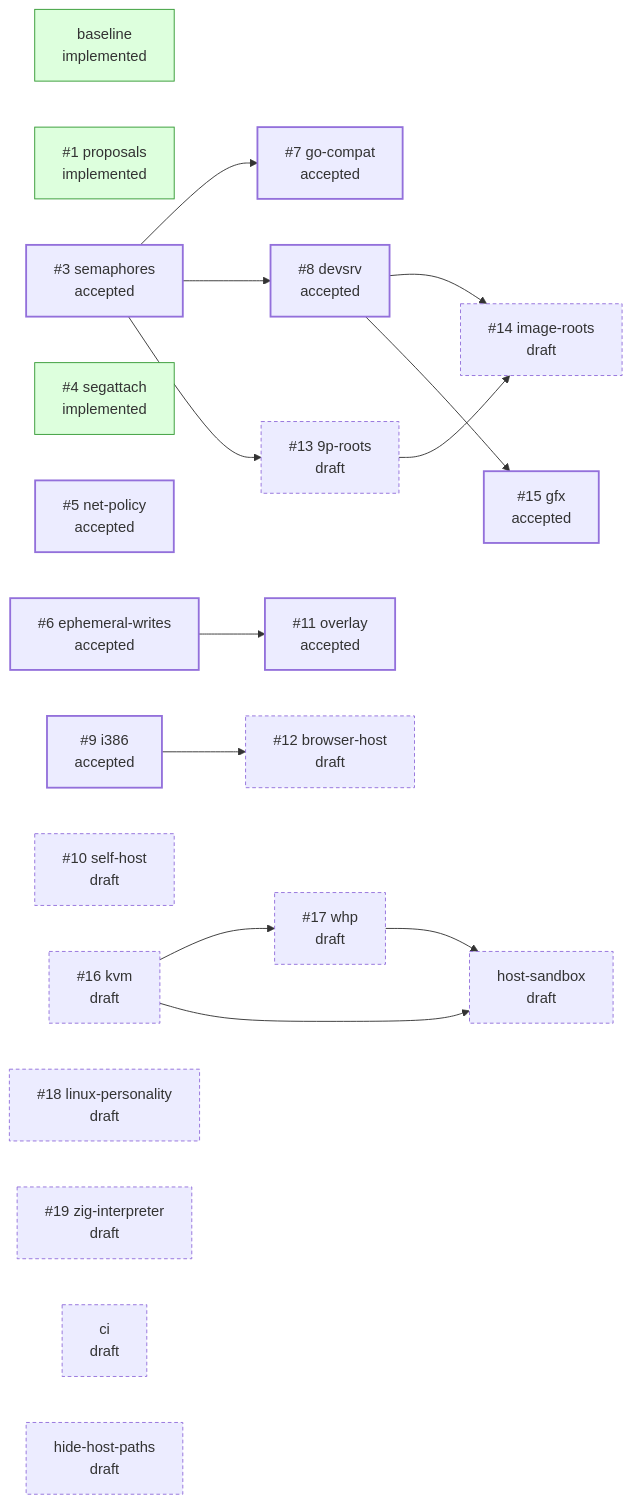
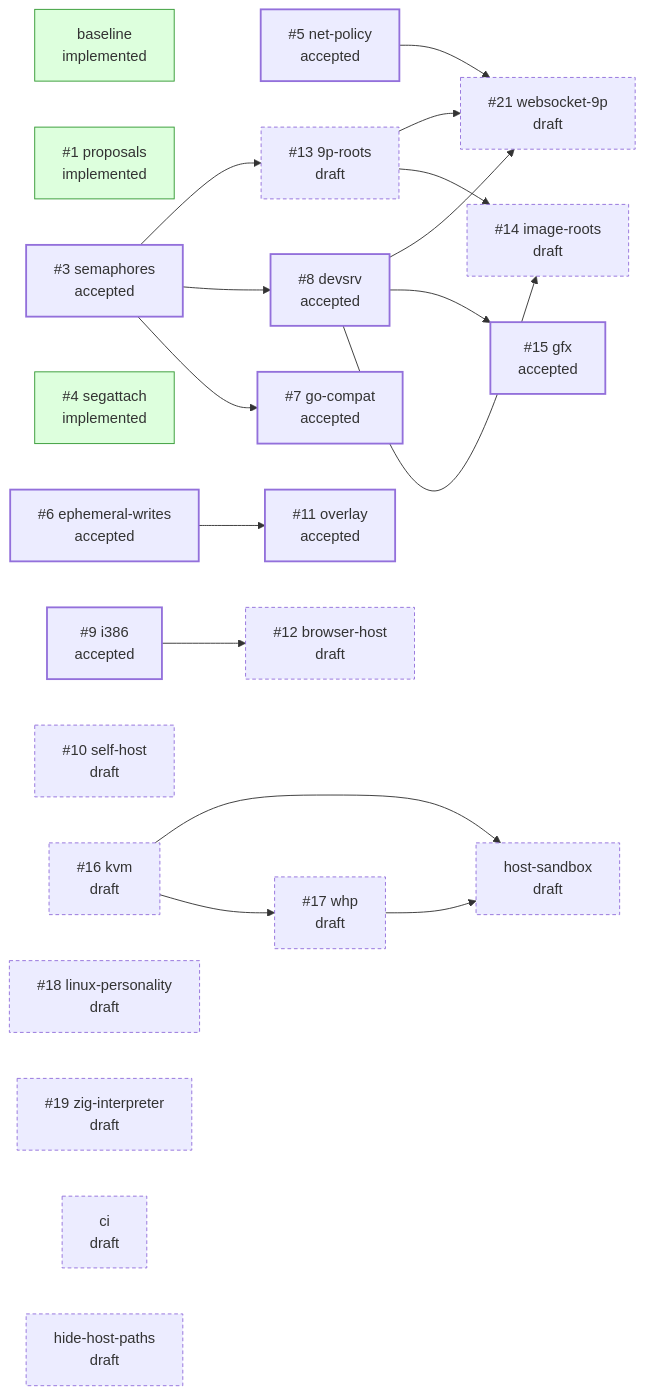
The diagram in README.md (jpf/hyper9), drawn with Mermaid before and after one commit. The commit also changed other lines of this file and 1 other file, not shown here.

Commit message:
design: file websocket-9p as #21

````diff
--- a/README.md
+++ b/README.md
@@ -39,40 +40,44 @@
 ```mermaid
 flowchart LR
   classDef draft stroke-dasharray: 4 3
   classDef accepted stroke-width: 2px
   classDef implemented fill:#dfd,stroke:#393
   classDef closed fill:#eee,stroke:#999,color:#777
   p_baseline["baseline<br/>implemented"]:::implemented
   p_proposals["#35;1 proposals<br/>implemented"]:::implemented
   p_semaphores["#35;3 semaphores<br/>accepted"]:::accepted
   p_segattach["#35;4 segattach<br/>implemented"]:::implemented
   p_net_policy["#35;5 net-policy<br/>accepted"]:::accepted
   p_ephemeral_writes["#35;6 ephemeral-writes<br/>accepted"]:::accepted
   p_go_compat["#35;7 go-compat<br/>accepted"]:::accepted
   p_devsrv["#35;8 devsrv<br/>accepted"]:::accepted
   p_i386["#35;9 i386<br/>accepted"]:::accepted
   p_self_host["#35;10 self-host<br/>draft"]:::draft
   p_overlay["#35;11 overlay<br/>accepted"]:::accepted
   p_browser_host["#35;12 browser-host<br/>draft"]:::draft
   p_9p_roots["#35;13 9p-roots<br/>draft"]:::draft
   p_image_roots["#35;14 image-roots<br/>draft"]:::draft
   p_gfx["#35;15 gfx<br/>accepted"]:::accepted
   p_kvm["#35;16 kvm<br/>draft"]:::draft
   p_whp["#35;17 whp<br/>draft"]:::draft
   p_linux_personality["#35;18 linux-personality<br/>draft"]:::draft
   p_zig_interpreter["#35;19 zig-interpreter<br/>draft"]:::draft
+  p_websocket_9p["#35;21 websocket-9p<br/>draft"]:::draft
   p_ci["ci<br/>draft"]:::draft
   p_hide_host_paths["hide-host-paths<br/>draft"]:::draft
   p_host_sandbox["host-sandbox<br/>draft"]:::draft
   p_semaphores --> p_go_compat
   p_semaphores --> p_devsrv
   p_ephemeral_writes --> p_overlay
   p_i386 --> p_browser_host
   p_semaphores --> p_9p_roots
   p_devsrv --> p_image_roots
   p_9p_roots --> p_image_roots
   p_devsrv --> p_gfx
   p_kvm --> p_whp
+  p_net_policy --> p_websocket_9p
+  p_devsrv --> p_websocket_9p
+  p_9p_roots --> p_websocket_9p
   p_kvm --> p_host_sandbox
   p_whp --> p_host_sandbox
 ```
````
